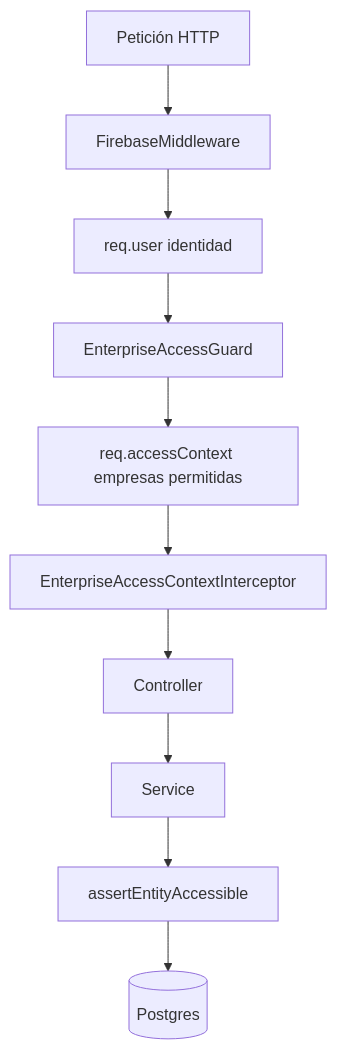
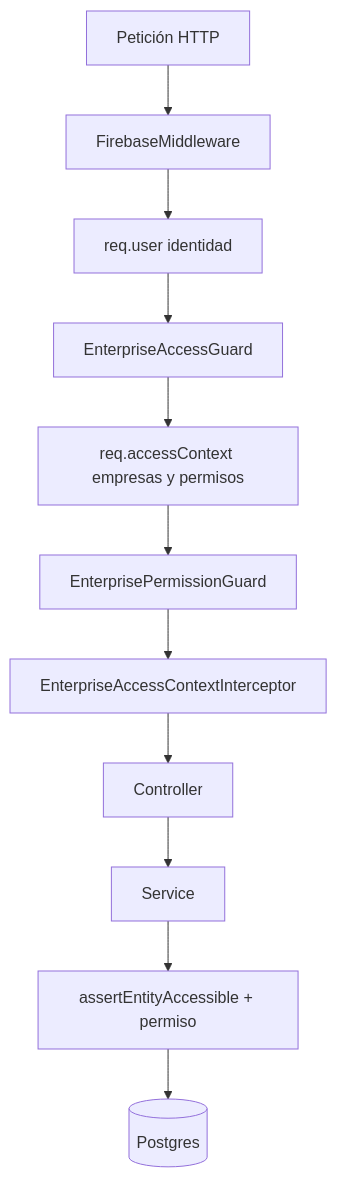
One commit to WebPi-Solutions/WPI-0001_backend changed the diagram in docs/enterprise-access.md. Above: the diagram before and after it, drawn with Mermaid. The commit also changed other lines of this file and 171 other files, not shown here.

````diff
--- a/docs/enterprise-access.md
+++ b/docs/enterprise-access.md
@@ -17,12 +19,13 @@
 ```mermaid
 flowchart TD
   request[Petición HTTP] --> firebaseMw[FirebaseMiddleware]
   firebaseMw --> identity["req.user identidad"]
-  identity --> guard[EnterpriseAccessGuard]
-  guard --> allowed["req.accessContext empresas permitidas"]
-  allowed --> interceptor[EnterpriseAccessContextInterceptor]
+  identity --> tenantGuard[EnterpriseAccessGuard]
+  tenantGuard --> allowed["req.accessContext empresas y permisos"]
+  allowed --> permGuard[EnterprisePermissionGuard]
+  permGuard --> interceptor[EnterpriseAccessContextInterceptor]
   interceptor --> controller[Controller]
   controller --> service[Service]
-  service --> entityCheck["assertEntityAccessible"]
+  service --> entityCheck["assertEntityAccessible + permiso"]
   entityCheck --> db[(Postgres)]
 ```
````
